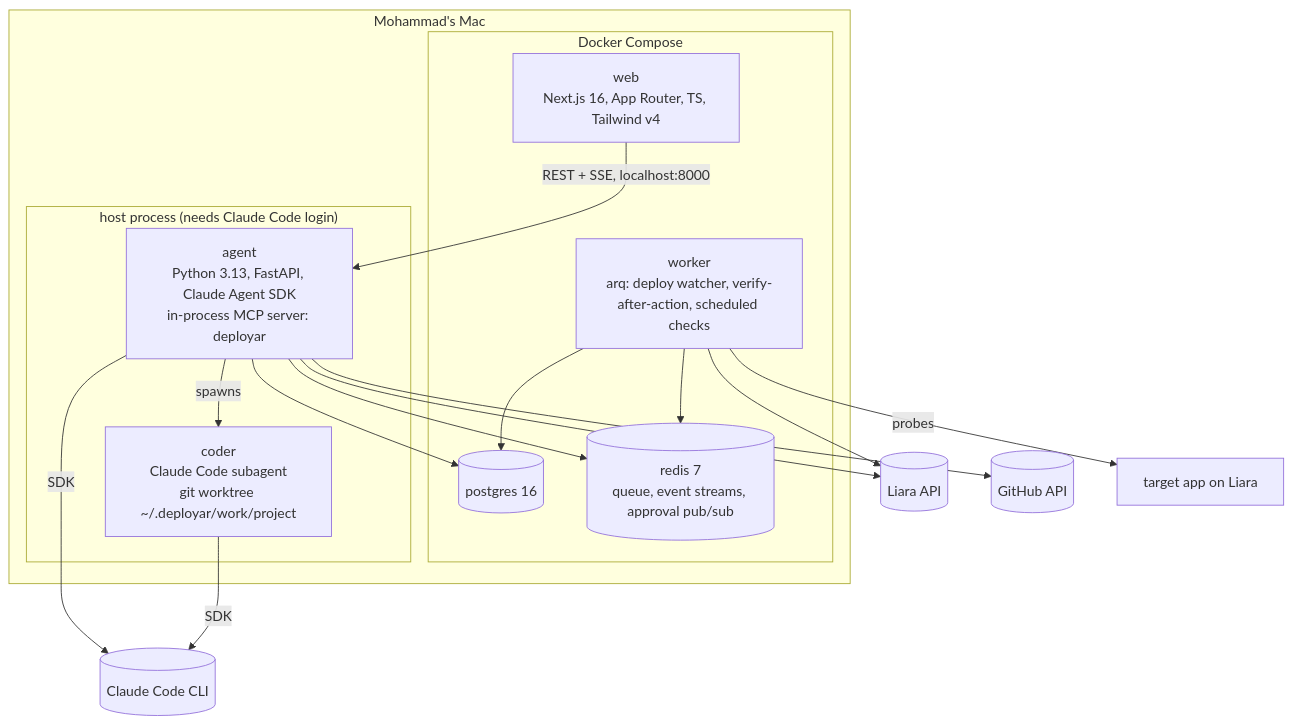
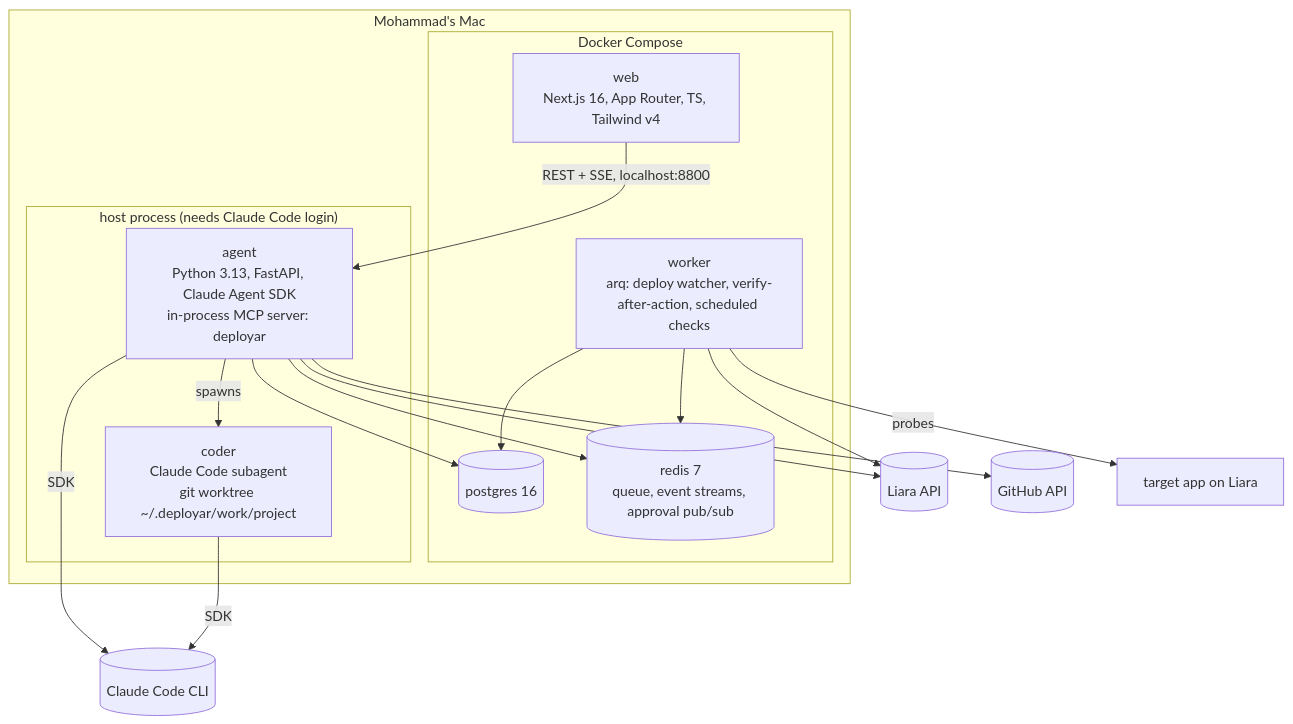
The second of 10 diagrams in docs/ARCHITECTURE.md (amircodington/deployar), drawn with Mermaid before and after one commit. The commit also changed other lines of this file and 27 other files, not shown here.

````diff
--- a/docs/ARCHITECTURE.md
+++ b/docs/ARCHITECTURE.md
@@ -26,27 +26,27 @@
 ```mermaid
 flowchart TB
   subgraph mac["Mohammad's Mac"]
     subgraph compose["Docker Compose"]
       web["web<br/>Next.js 16, App Router, TS, Tailwind v4"]
       worker["worker<br/>arq: deploy watcher, verify-after-action, scheduled checks"]
       pg[("postgres 16")]
       rd[("redis 7<br/>queue, event streams, approval pub/sub")]
     end
     subgraph host["host process (needs Claude Code login)"]
       agent["agent<br/>Python 3.13, FastAPI, Claude Agent SDK<br/>in-process MCP server: deployar"]
       coder["coder<br/>Claude Code subagent<br/>git worktree ~/.deployar/work/project"]
     end
   end
-  web -->|"REST + SSE, localhost:8000"| agent
+  web -->|"REST + SSE, localhost:8800"| agent
   agent --> pg
   agent --> rd
   worker --> pg
   worker --> rd
   agent -->|spawns| coder
   agent --> liara[("Liara API")]
   agent --> gh[("GitHub API")]
   worker --> liara
   worker -->|probes| app["target app on Liara"]
   agent -->|SDK| cc[("Claude Code CLI")]
   coder -->|SDK| cc
 ```
````
